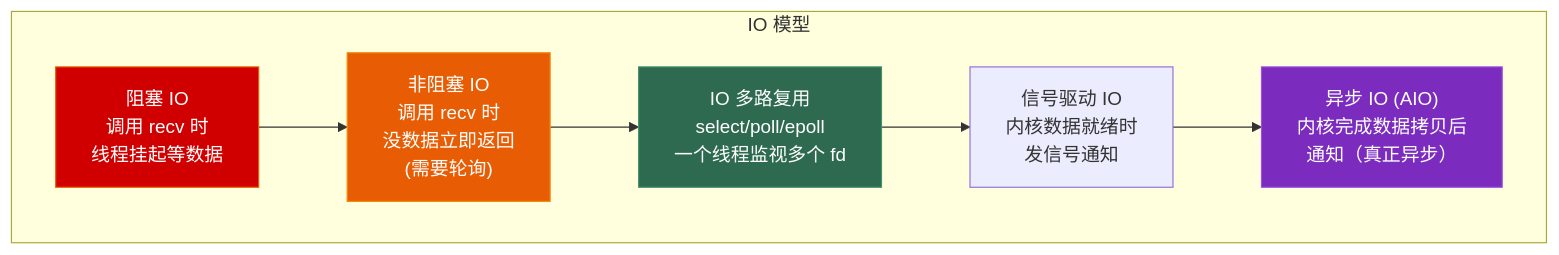
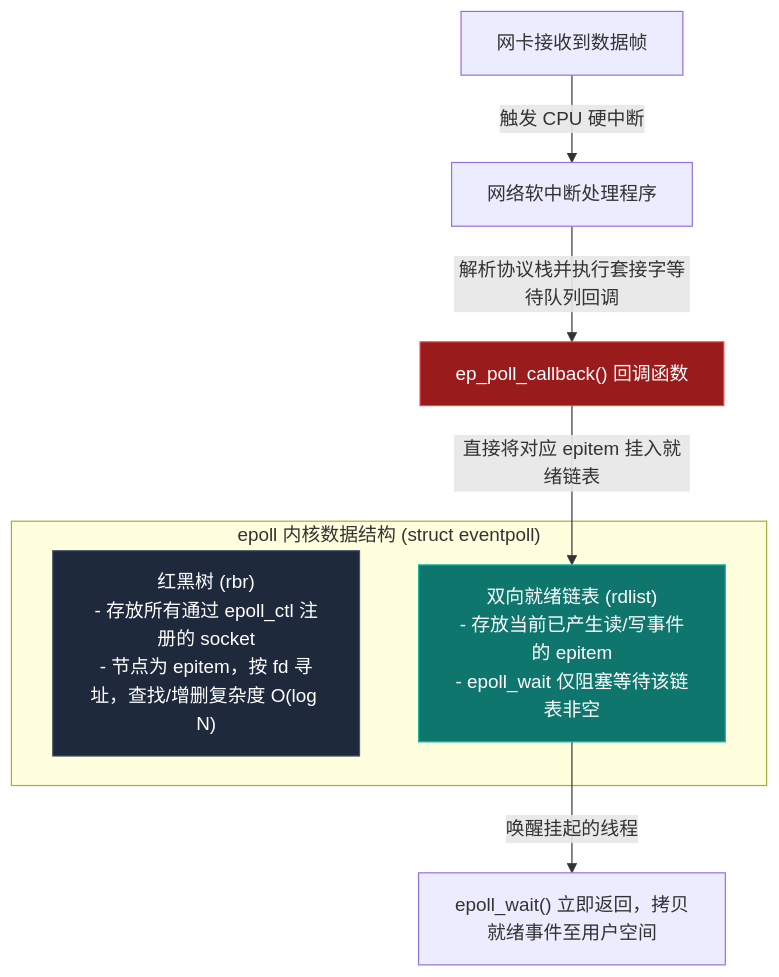
One commit to Lumivers/firefly changed the first of 3 diagrams in src/content/posts/network/05_socket_and_io.md. Above: the diagram before and after it, drawn with Mermaid. The commit also changed other lines of this file and 18 other files, not shown here.

````diff
--- a/src/content/posts/network/05_socket_and_io.md
+++ b/src/content/posts/network/05_socket_and_io.md
@@ -78,17 +74,16 @@
 ```mermaid
 graph TD
-    subgraph "IO 模型"
-        bio["阻塞 IO\n调用 recv 时\n线程挂起等数据"]
-        nio["非阻塞 IO\n调用 recv 时\n没数据立即返回\n(需要轮询)"]
-        mux["IO 多路复用\nselect/poll/epoll\n一个线程监视多个 fd"]
-        sig["信号驱动 IO\n内核数据就绪时\n发信号通知"]
-        aio["异步 IO (AIO)\n内核完成数据拷贝后\n通知（真正异步）"]
+    subgraph "epoll 内核数据结构 (struct eventpoll)"
+        RBTree["红黑树 (rbr)\n- 存放所有通过 epoll_ctl 注册的 socket\n- 节点为 epitem，按 fd 寻址，查找/增删复杂度 O(log N)"]
+        ReadyList["双向就绪链表 (rdlist)\n- 存放当前已产生读/写事件的 epitem\n- epoll_wait 仅阻塞等待该链表非空"]
     end
 
-    bio --> nio --> mux --> sig --> aio
+    NIC["网卡接收到数据帧"] -->|"触发 CPU 硬中断"| SoftIRQ["网络软中断处理程序"]
+    SoftIRQ -->|"解析协议栈并执行套接字等待队列回调"| Callback["ep_poll_callback() 回调函数"]
+    Callback -->|"直接将对应 epitem 挂入就绪链表"| ReadyList
+    ReadyList -->|"唤醒挂起的线程"| WaitThread["epoll_wait() 立即返回，拷贝就绪事件至用户空间"]
 
-    style bio fill:#d00000,stroke:#e85d04,color:white
-    style nio fill:#e85d04,stroke:#f48c06,color:white
-    style mux fill:#2d6a4f,stroke:#40916c,color:white
-    style aio fill:#7b2cbf,stroke:#9d4edd,color:white
+    style RBTree fill:#1e293b,stroke:#475569,color:white
+    style ReadyList fill:#0f766e,stroke:#14b8a6,color:white
+    style Callback fill:#991b1b,stroke:#ef4444,color:white
 ```
````
